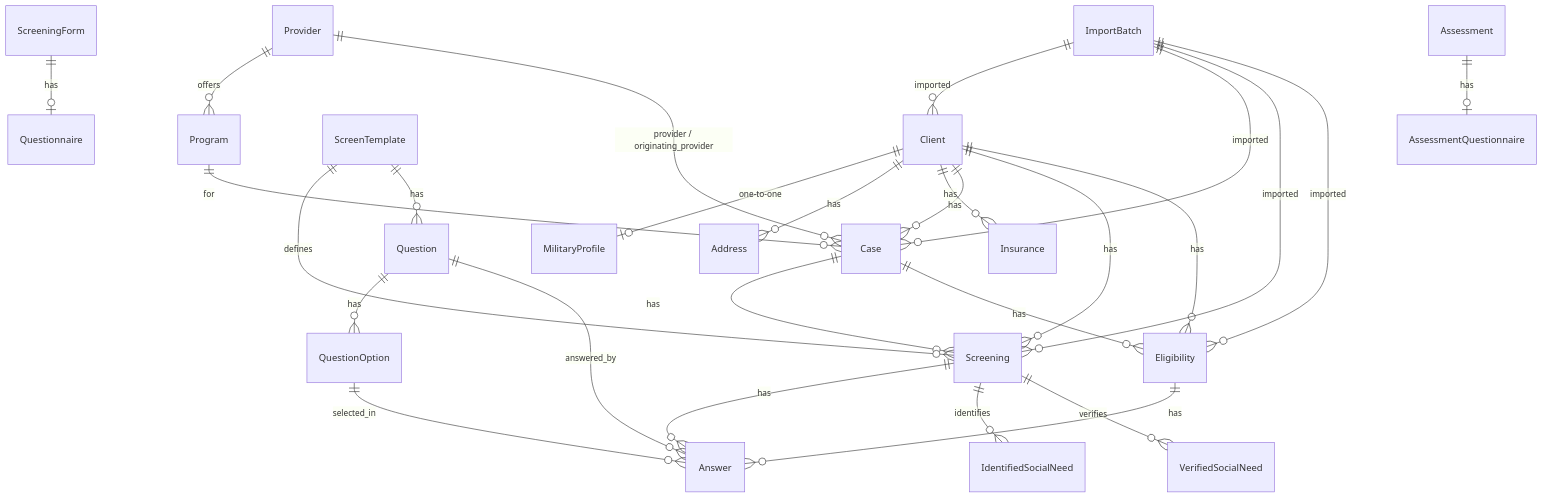
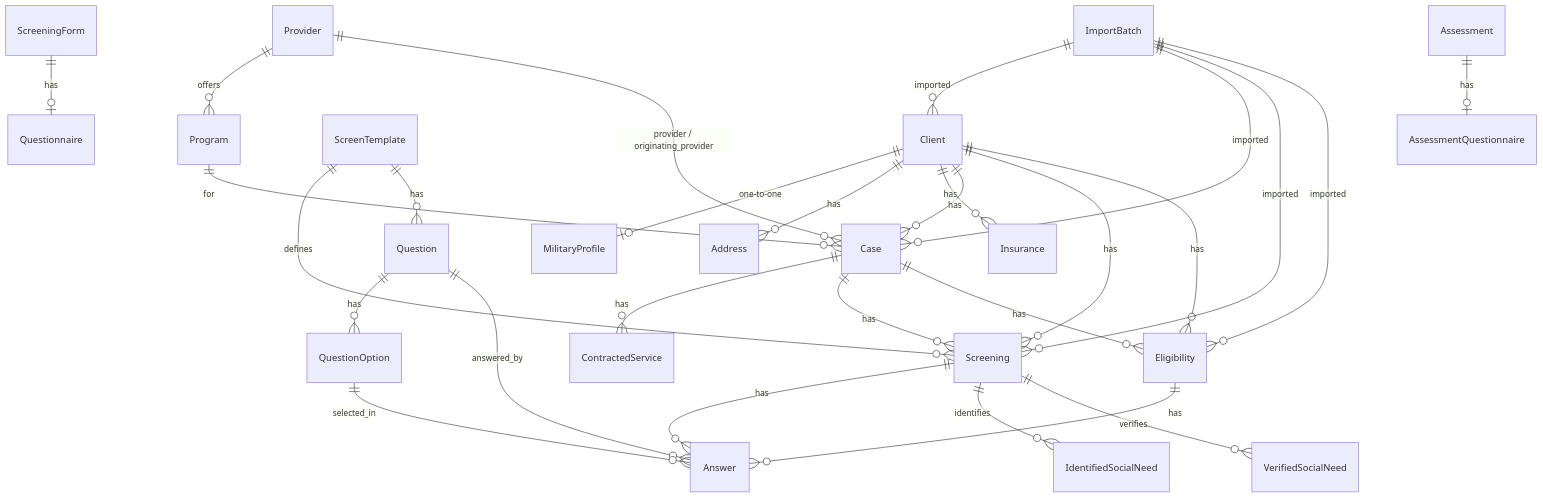
The diagram in docs/data-models.md (CareCircle-HQ/backend), drawn with Mermaid before and after one commit. The commit also changed other lines of this file and 19 other files, not shown here.

````diff
--- a/docs/data-models.md
+++ b/docs/data-models.md
@@ -10,29 +10,30 @@
 ```mermaid
 erDiagram
   Client ||--o| MilitaryProfile : "one-to-one"
   Client ||--o{ Address : has
   Client ||--o{ Insurance : has
   Client ||--o{ Case : has
   Client ||--o{ Screening : has
   Client ||--o{ Eligibility : has
   Provider ||--o{ Program : offers
   Provider ||--o{ Case : "provider / originating_provider"
   Program ||--o{ Case : for
+  Case ||--o{ ContractedService : has
   Case ||--o{ Screening : has
   Case ||--o{ Eligibility : has
   ScreenTemplate ||--o{ Screening : defines
   ScreenTemplate ||--o{ Question : has
   Question ||--o{ QuestionOption : has
   Screening ||--o{ Answer : has
   Eligibility ||--o{ Answer : has
   Question ||--o{ Answer : answered_by
   QuestionOption ||--o{ Answer : selected_in
   Screening ||--o{ IdentifiedSocialNeed : identifies
   Screening ||--o{ VerifiedSocialNeed : verifies
   ImportBatch ||--o{ Client : imported
   ImportBatch ||--o{ Case : imported
   ImportBatch ||--o{ Screening : imported
   ImportBatch ||--o{ Eligibility : imported
   ScreeningForm ||--o| Questionnaire : has
   Assessment ||--o| AssessmentQuestionnaire : has
 ```
````
